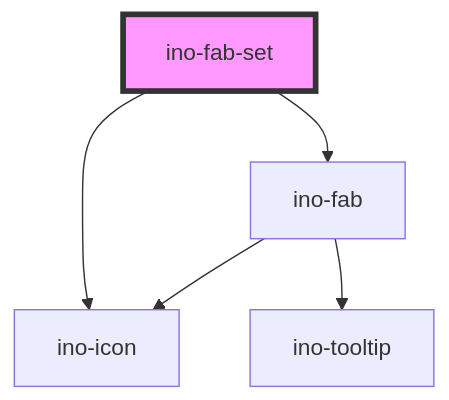
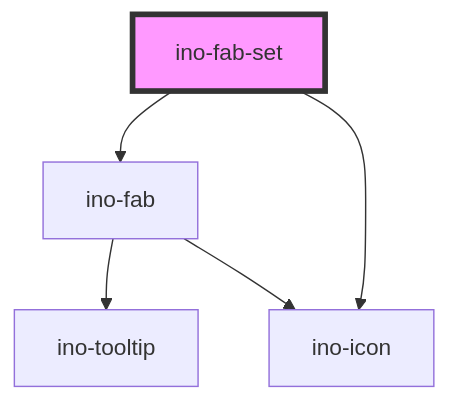
One commit to inovex/elements changed the diagram in packages/elements/src/components/ino-fab-set/readme.md. Above: the diagram before and after it, drawn with Mermaid. The commit also changed other lines of this file and 1 other file, not shown here.

Commit message:
docs: remove tooltip from mermaid graph in fab and fab-set

````diff
--- a/packages/elements/src/components/ino-fab-set/readme.md
+++ b/packages/elements/src/components/ino-fab-set/readme.md
@@ -126,8 +126,8 @@
 ```mermaid
 graph TD;
   ino-fab-set --> ino-fab
   ino-fab-set --> ino-icon
+  ino-fab --> ino-tooltip
   ino-fab --> ino-icon
-  ino-fab --> ino-tooltip
   style ino-fab-set fill:#f9f,stroke:#333,stroke-width:4px
 ```
````
